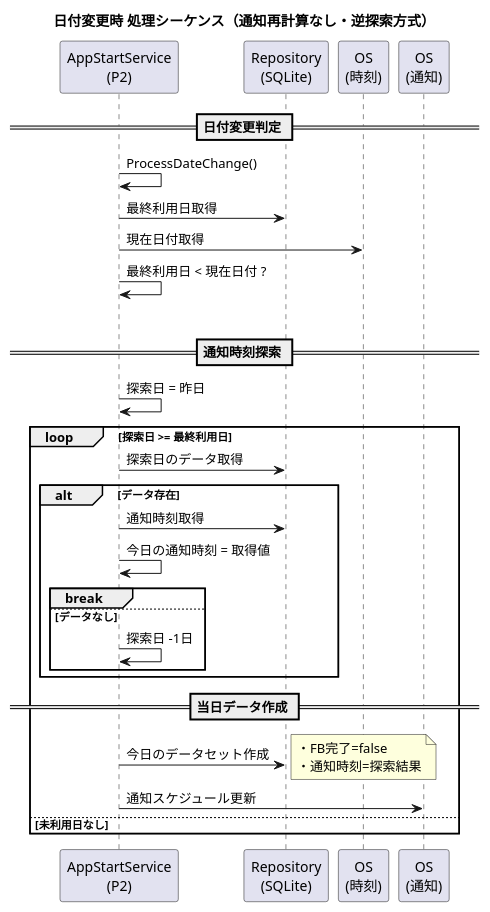
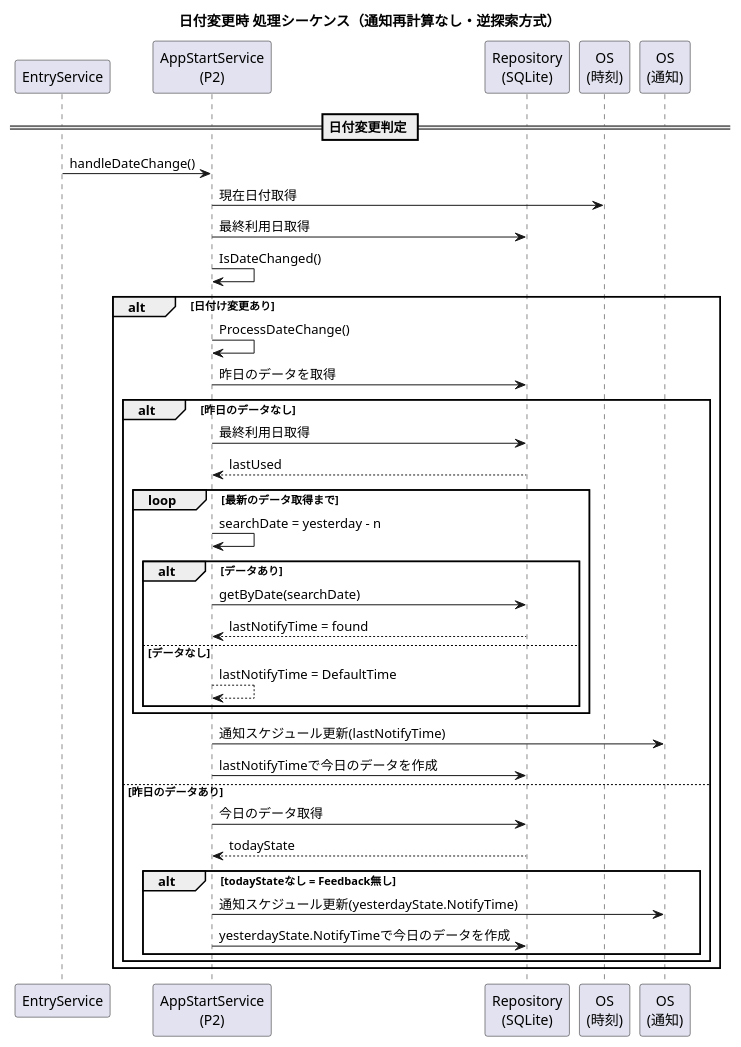
Before and after one commit to akamatrixxx/justtime: the diagram in assets/specifications/詳細設計/シーケンス図/03_日付変更時処理シーケンス.pu, drawn with PlantUML. The commit also changed 7 other files, not shown here.

```diff
--- a/assets/specifications/詳細設計/シーケンス図/03_日付変更時処理シーケンス.pu
+++ b/assets/specifications/詳細設計/シーケンス図/03_日付変更時処理シーケンス.pu
@@ -1,51 +1,45 @@
 @startuml
 title 日付変更時 処理シーケンス（通知再計算なし・逆探索方式）
 
+participant "EntryService" as Entry
 participant "AppStartService\n(P2)" as P2
 participant "Repository\n(SQLite)" as DB
 participant "OS\n(時刻)" as OS_Time
 participant "OS\n(通知)" as OS_Notify
 
 == 日付変更判定 ==
-P2 -> P2 : ProcessDateChange()
+Entry -> P2 : handleDateChange()
+P2 -> OS_Time : 現在日付取得
+P2 -> DB : 最終利用日取得
+P2 -> P2 : IsDateChanged()
 
-P2 -> DB : 最終利用日取得
-P2 -> OS_Time : 現在日付取得
-
-P2 -> P2 : 最終利用日 < 現在日付 ?
-
-alt 未利用日あり
-
-  == 通知時刻探索 ==
-  P2 -> P2 : 探索日 = 昨日
-
-  loop 探索日 >= 最終利用日
-
-    P2 -> DB : 探索日のデータ取得
-
-    alt データ存在
-      P2 -> DB : 通知時刻取得
-      P2 -> P2 : 今日の通知時刻 = 取得値
-      break
-    else データなし
-      P2 -> P2 : 探索日 -1日
-    end
-
+alt 日付け変更あり
+  P2 -> P2 : ProcessDateChange()
+  P2 -> DB : 昨日のデータを取得
+    alt 昨日のデータなし
+      P2 -> DB : 最終利用日取得
+      DB --> P2 : lastUsed
+      loop 最新のデータ取得まで
+        P2 -> P2 : searchDate = yesterday - n
+        alt データあり
+        P2 -> DB : getByDate(searchDate)
+        DB --> P2 : lastNotifyTime = found
+        else データなし
+        P2 --> P2 : lastNotifyTime = DefaultTime
+        end // データなし
+      end
+      P2 -> OS_Notify : 通知スケジュール更新(lastNotifyTime)
+      P2 -> DB : lastNotifyTimeで今日のデータを作成
+    else 昨日のデータあり
+      P2 -> DB : 今日のデータ取得
+      DB --> P2 : todayState       
+      alt todayStateなし = Feedback無し
+      P2 -> OS_Notify : 通知スケジュール更新(yesterdayState.NotifyTime)
+      P2 -> DB : yesterdayState.NotifyTimeで今日のデータを作成
   end
-
-  == 当日データ作成 ==
-  P2 -> DB : 今日のデータセット作成
-  note right
-  ・FB完了=false
-  ・通知時刻=探索結果
-  end note
-
-  P2 -> OS_Notify : 通知スケジュール更新
-
-else 未利用日なし
-  note right
-  処理なし
-  end note
 end
 
+end
+
+
 @enduml
```
